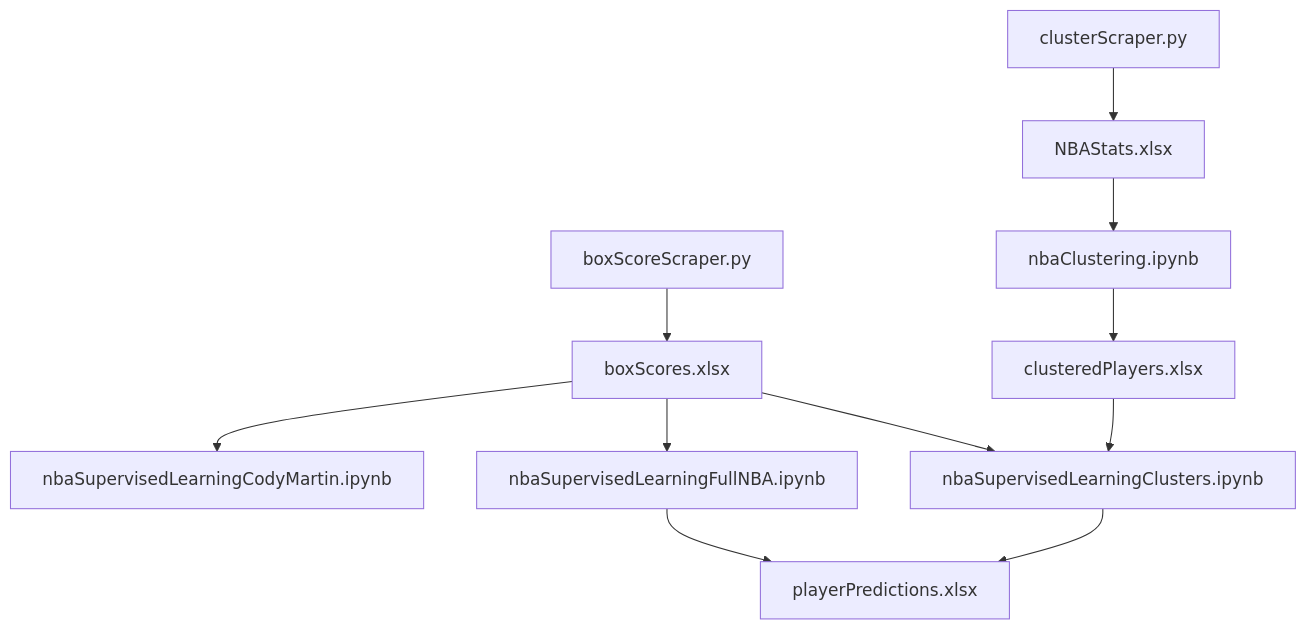
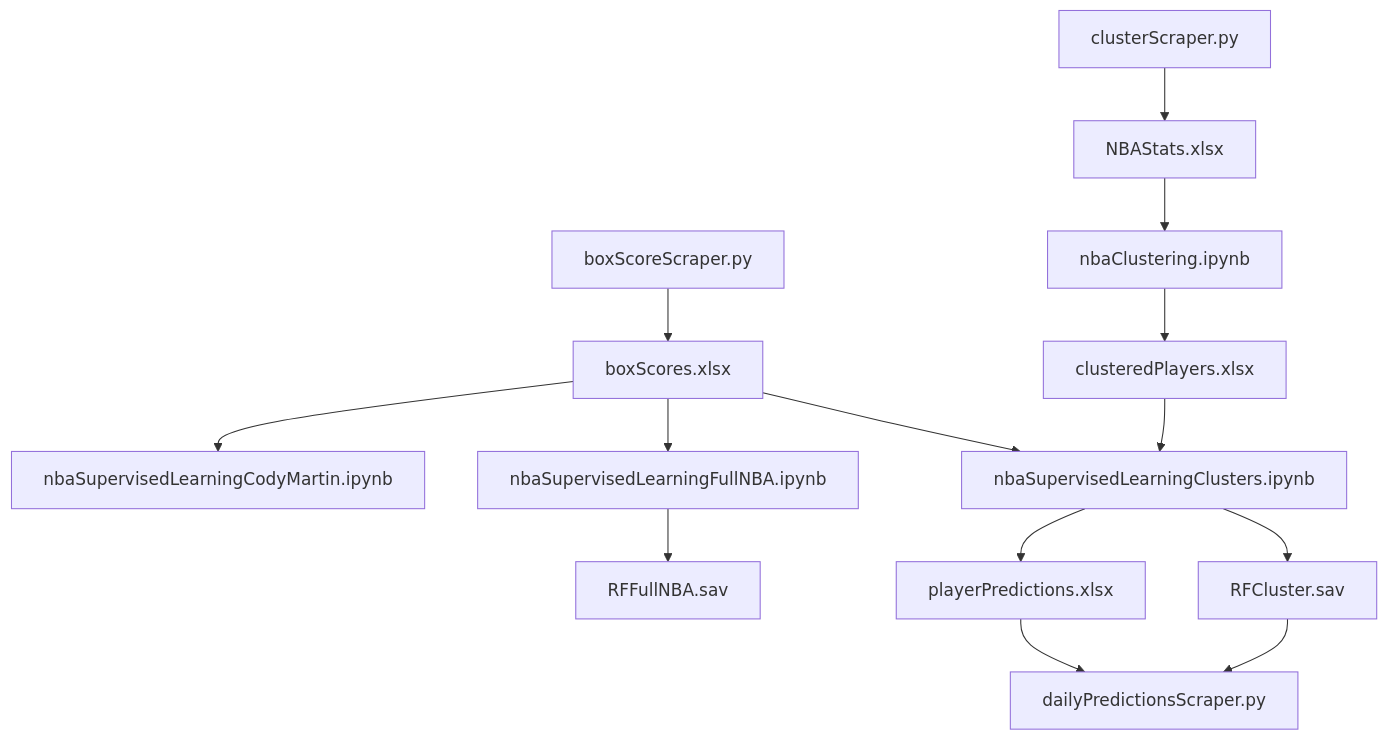
Before and after one commit to ibracken/NBA_Machine_Learning: the diagram in README.md, drawn with Mermaid. The commit also changed other lines of this file and 6 other files, not shown here.

First line of the commit message:
Create Basic Predictions Scraper

````diff
--- a/README.md
+++ b/README.md
@@ -62,14 +63,17 @@
 ```mermaid
 graph TD;
     clusterScraper.py-->NBAStats.xlsx;
     boxScoreScraper.py-->boxScores.xlsx;
     NBAStats.xlsx-->nbaClustering.ipynb;
     nbaClustering.ipynb-->clusteredPlayers.xlsx;
     boxScores.xlsx-->nbaSupervisedLearningCodyMartin.ipynb;
     boxScores.xlsx-->nbaSupervisedLearningFullNBA.ipynb;
     boxScores.xlsx-->nbaSupervisedLearningClusters.ipynb;
     clusteredPlayers.xlsx-->nbaSupervisedLearningClusters.ipynb;
     nbaSupervisedLearningClusters.ipynb-->playerPredictions.xlsx;
-    nbaSupervisedLearningFullNBA.ipynb-->playerPredictions.xlsx;
+    nbaSupervisedLearningClusters.ipynb-->RFCluster.sav;
+    nbaSupervisedLearningFullNBA.ipynb-->RFFullNBA.sav;
+    RFCluster.sav-->dailyPredictionsScraper.py;
+    playerPredictions.xlsx-->dailyPredictionsScraper.py;
 
 ```
````
